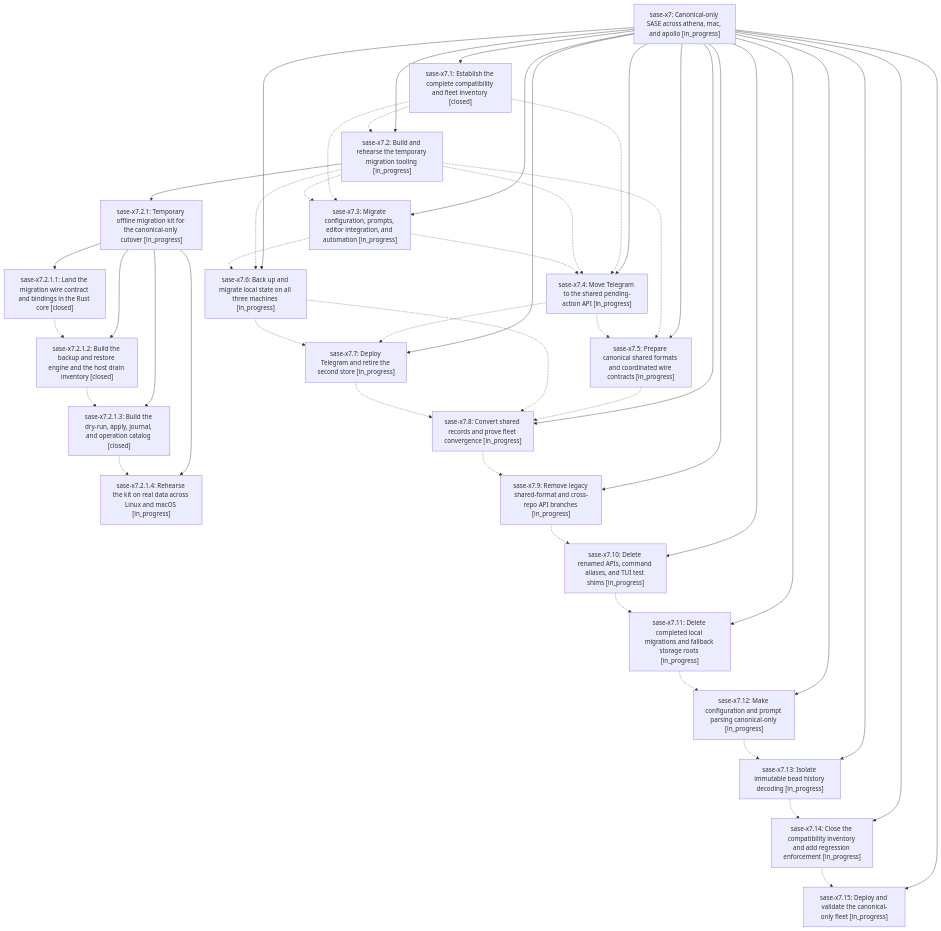
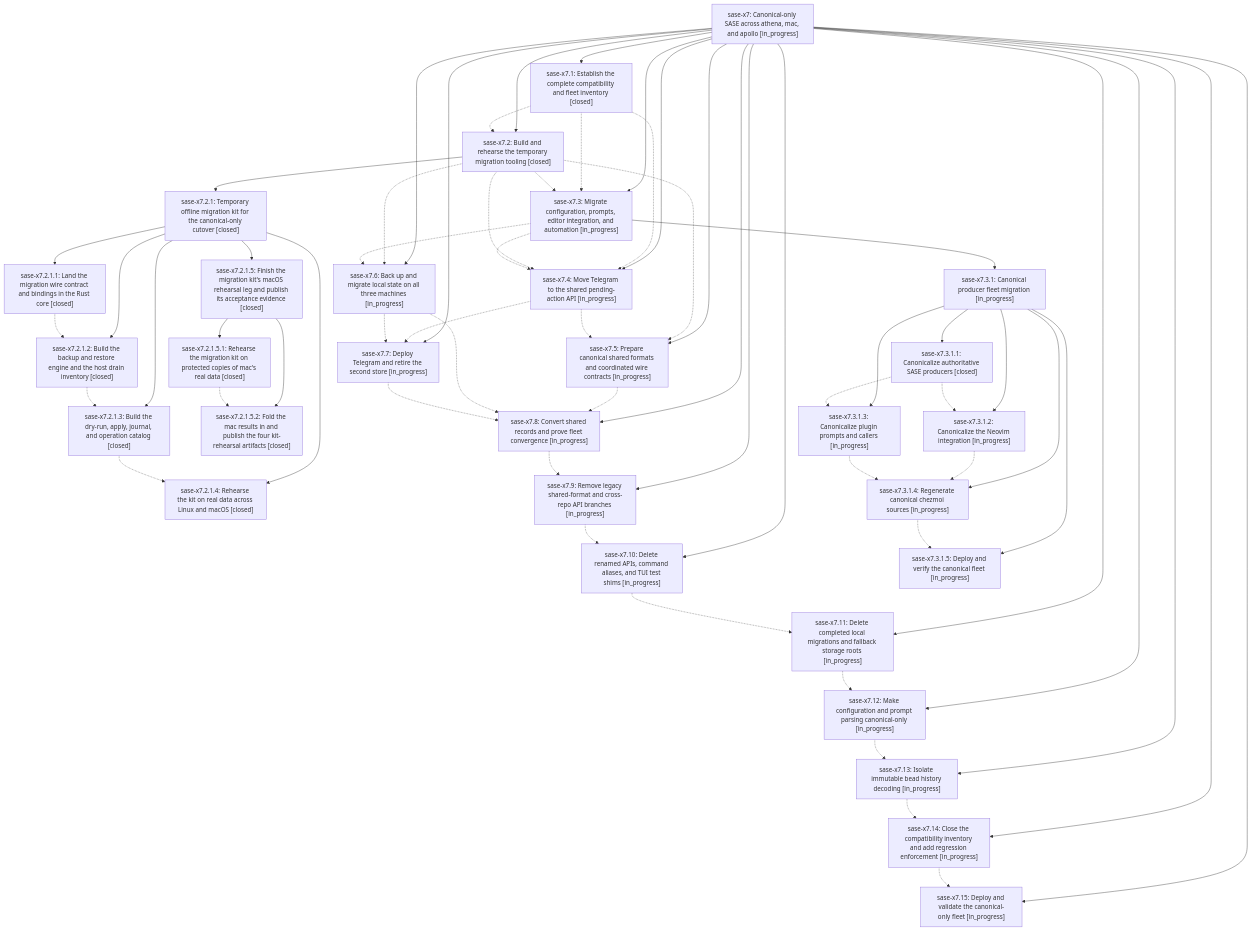
Before and after one commit to sase-org/sase--beads: the diagram in pages/sase-x7/README.md, drawn with Mermaid. The commit also changed other lines of this file and 18 other files, not shown here.

````diff
--- a/pages/sase-x7/README.md
+++ b/pages/sase-x7/README.md
@@ -55,19 +63,28 @@
     n5["sase-x7.13: Isolate immutable bead history decoding [in_progress]"]
     n6["sase-x7.14: Close the compatibility inventory and add regression enforcement [in_progress]"]
     n7["sase-x7.15: Deploy and validate the canonical-only fleet [in_progress]"]
-    n8["sase-x7.2: Build and rehearse the temporary migration tooling [in_progress]"]
-    n9["sase-x7.2.1: Temporary offline migration kit for the canonical-only cutover [in_progress]"]
+    n8["sase-x7.2: Build and rehearse the temporary migration tooling [closed]"]
+    n9["sase-x7.2.1: Temporary offline migration kit for the canonical-only cutover [closed]"]
     n10["sase-x7.2.1.1: Land the migration wire contract and bindings in the Rust core [closed]"]
     n11["sase-x7.2.1.2: Build the backup and restore engine and the host drain inventory [closed]"]
     n12["sase-x7.2.1.3: Build the dry-run, apply, journal, and operation catalog [closed]"]
-    n13["sase-x7.2.1.4: Rehearse the kit on real data across Linux and macOS [in_progress]"]
-    n14["sase-x7.3: Migrate configuration, prompts, editor integration, and automation [in_progress]"]
-    n15["sase-x7.4: Move Telegram to the shared pending-action API [in_progress]"]
-    n16["sase-x7.5: Prepare canonical shared formats and coordinated wire contracts [in_progress]"]
-    n17["sase-x7.6: Back up and migrate local state on all three machines [in_progress]"]
-    n18["sase-x7.7: Deploy Telegram and retire the second store [in_progress]"]
-    n19["sase-x7.8: Convert shared records and prove fleet convergence [in_progress]"]
-    n20["sase-x7.9: Remove legacy shared-format and cross-repo API branches [in_progress]"]
+    n13["sase-x7.2.1.4: Rehearse the kit on real data across Linux and macOS [closed]"]
+    n14["sase-x7.2.1.5: Finish the migration kit's macOS rehearsal leg and publish its acceptance evidence [closed]"]
+    n15["sase-x7.2.1.5.1: Rehearse the migration kit on protected copies of mac's real data [closed]"]
+    n16["sase-x7.2.1.5.2: Fold the mac results in and publish the four kit-rehearsal artifacts [closed]"]
+    n17["sase-x7.3: Migrate configuration, prompts, editor integration, and automation [in_progress]"]
+    n18["sase-x7.3.1: Canonical producer fleet migration [in_progress]"]
+    n19["sase-x7.3.1.1: Canonicalize authoritative SASE producers [closed]"]
+    n20["sase-x7.3.1.2: Canonicalize the Neovim integration [in_progress]"]
+    n21["sase-x7.3.1.3: Canonicalize plugin prompts and callers [in_progress]"]
+    n22["sase-x7.3.1.4: Regenerate canonical chezmoi sources [in_progress]"]
+    n23["sase-x7.3.1.5: Deploy and verify the canonical fleet [in_progress]"]
+    n24["sase-x7.4: Move Telegram to the shared pending-action API [in_progress]"]
+    n25["sase-x7.5: Prepare canonical shared formats and coordinated wire contracts [in_progress]"]
+    n26["sase-x7.6: Back up and migrate local state on all three machines [in_progress]"]
+    n27["sase-x7.7: Deploy Telegram and retire the second store [in_progress]"]
+    n28["sase-x7.8: Convert shared records and prove fleet convergence [in_progress]"]
+    n29["sase-x7.9: Remove legacy shared-format and cross-repo API branches [in_progress]"]
     n0 --> n1
     n0 --> n2
     n0 --> n3
@@ -81,36 +98,51 @@
     n9 --> n11
     n9 --> n12
     n9 --> n13
-    n0 --> n14
-    n0 --> n15
-    n0 --> n16
+    n9 --> n14
+    n14 --> n15
+    n14 --> n16
     n0 --> n17
-    n0 --> n18
-    n0 --> n19
-    n0 --> n20
+    n17 --> n18
+    n18 --> n19
+    n18 --> n20
+    n18 --> n21
+    n18 --> n22
+    n18 --> n23
+    n0 --> n24
+    n0 --> n25
+    n0 --> n26
+    n0 --> n27
+    n0 --> n28
+    n0 --> n29
     n1 -.-> n8
-    n1 -.-> n14
-    n1 -.-> n15
+    n1 -.-> n17
+    n1 -.-> n24
     n2 -.-> n3
     n3 -.-> n4
     n4 -.-> n5
     n5 -.-> n6
     n6 -.-> n7
-    n8 -.-> n14
-    n8 -.-> n15
-    n8 -.-> n16
     n8 -.-> n17
+    n8 -.-> n24
+    n8 -.-> n25
+    n8 -.-> n26
     n10 -.-> n11
     n11 -.-> n12
     n12 -.-> n13
-    n14 -.-> n15
-    n14 -.-> n17
     n15 -.-> n16
-    n15 -.-> n18
-    n16 -.-> n19
-    n17 -.-> n18
-    n17 -.-> n19
-    n18 -.-> n19
+    n17 -.-> n24
+    n17 -.-> n26
     n19 -.-> n20
-    n20 -.-> n2
+    n19 -.-> n21
+    n20 -.-> n22
+    n21 -.-> n22
+    n22 -.-> n23
+    n24 -.-> n25
+    n24 -.-> n27
+    n25 -.-> n28
+    n26 -.-> n27
+    n26 -.-> n28
+    n27 -.-> n28
+    n28 -.-> n29
+    n29 -.-> n2
 ```
````
